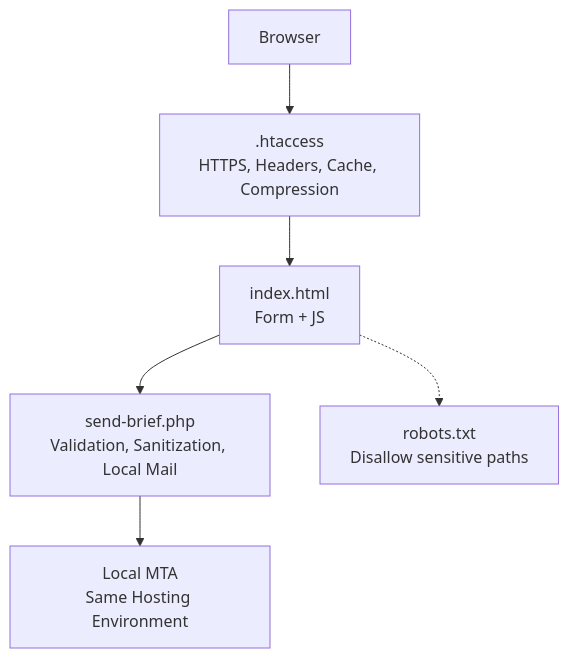
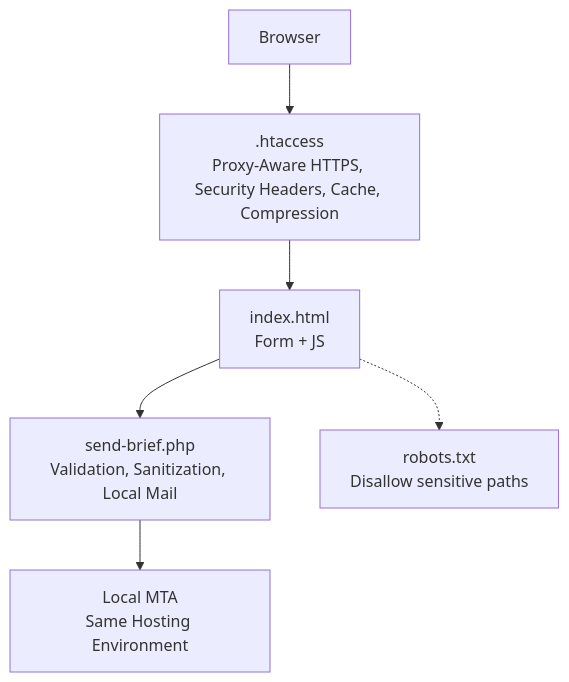
Before and after one commit to Vostrikov2014/emoo: the first of 3 diagrams in .qoder/repowiki/en/content/Security Configuration.md, drawn with Mermaid. The commit also changed other lines of this file and 14 other files, not shown here.

````diff
--- a/.qoder/repowiki/en/content/Security Configuration.md
+++ b/.qoder/repowiki/en/content/Security Configuration.md
@@ -34,8 +43,8 @@
 ```mermaid
 graph TB
-Client["Browser"] --> HTAccess[".htaccess<br/>HTTPS, Headers, Cache, Compression"]
+Client["Browser"] --> HTAccess[".htaccess<br/>Proxy-Aware HTTPS, Security Headers, Cache, Compression"]
 HTAccess --> Index["index.html<br/>Form + JS"]
 Index --> Handler["send-brief.php<br/>Validation, Sanitization, Local Mail"]
 Handler --> Mail["Local MTA<br/>Same Hosting Environment"]
 Index -.-> Robots["robots.txt<br/>Disallow sensitive paths"]
 ```
````
